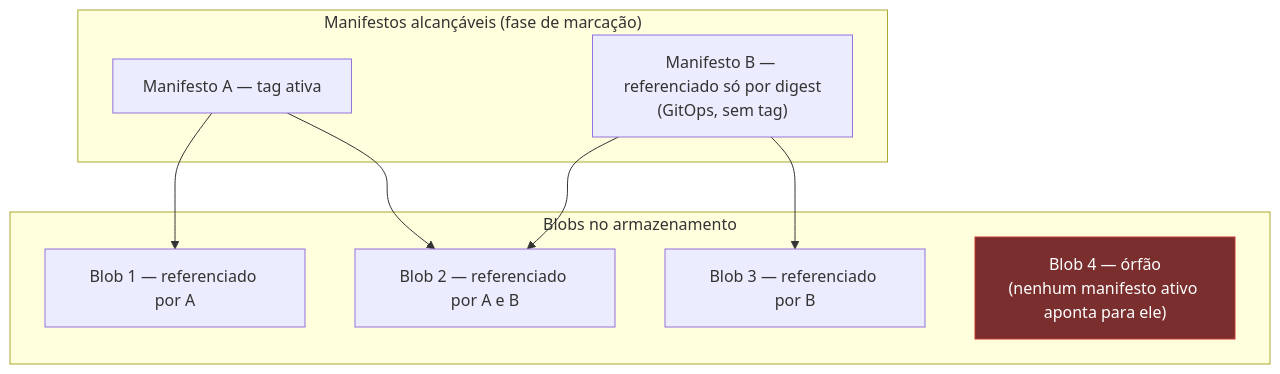
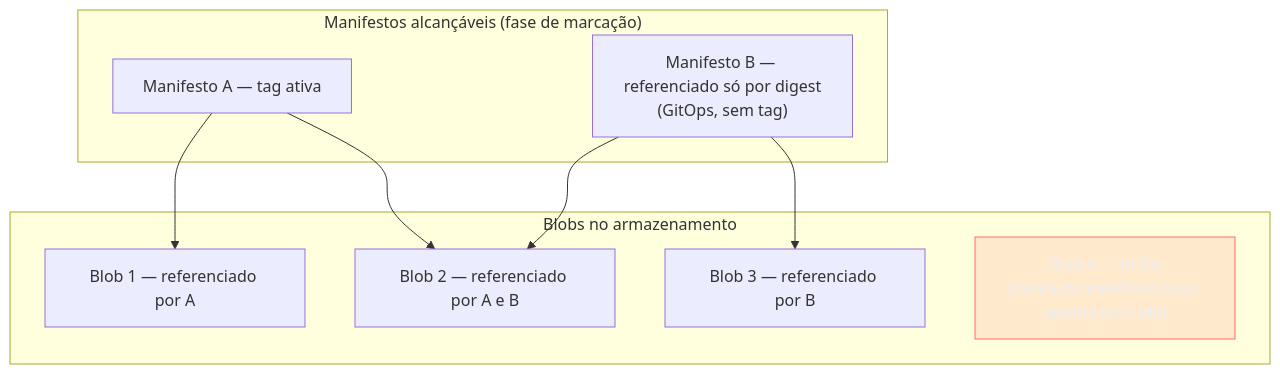
One commit to josenaldo/codex-technomanticus changed the fourth of 6 diagrams in 03-Dominios/Tecnologia/Infraestrutura/Docker/12 - Registry.md. Above: the diagram before and after it, drawn with Mermaid. The commit also changed other lines of this file and 1181 other files, not shown here.

First line of the commit message:
fix(diagramas): paleta do sistema no lugar de cor cravada no markdown

````diff
--- a/03-Dominios/Tecnologia/Infraestrutura/Docker/12 - Registry.md
+++ b/03-Dominios/Tecnologia/Infraestrutura/Docker/12 - Registry.md
@@ -271,21 +272,22 @@
 ```mermaid
 graph TB
+    classDef falha fill:#FF6B6B24,stroke:#FF6B6B,color:#E9ECF2
     subgraph "Manifestos alcançáveis (fase de marcação)"
         M1["Manifesto A — tag ativa"]
         M2["Manifesto B — referenciado só por digest\n(GitOps, sem tag)"]
     end
 
     subgraph "Blobs no armazenamento"
         L1["Blob 1 — referenciado por A"]
         L2["Blob 2 — referenciado por A e B"]
         L3["Blob 3 — referenciado por B"]
         L4["Blob 4 — órfão\n(nenhum manifesto ativo aponta para ele)"]
     end
 
     M1 --> L1
     M1 --> L2
     M2 --> L2
     M2 --> L3
 
-    style L4 fill:#7a2e2e,stroke:#c0392b,color:#fff
+    class L4 falha
 ```
````
